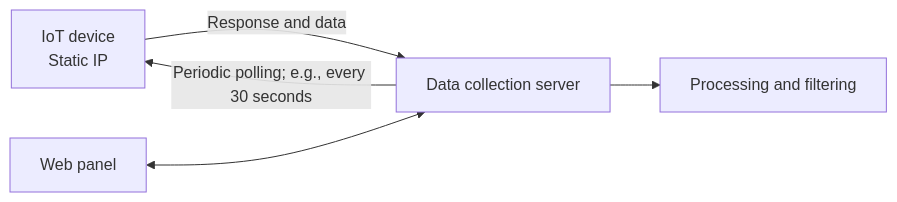
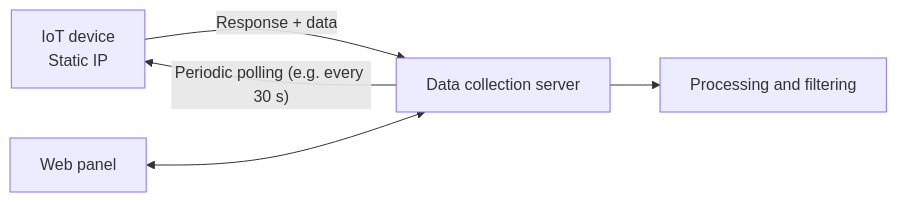
Before and after one commit to realizino/iziot: the first of 3 diagrams in README.md, drawn with Mermaid. The commit also changed other lines of this file, not shown here.

````diff
--- a/README.md
+++ b/README.md
@@ -28,12 +64,12 @@
 ```mermaid
 flowchart LR
     device["IoT device<br/>Static IP"]
     server["Data collection server"]
     panel["Web panel"]
     process["Processing and filtering"]
 
-    server -->|"Periodic polling; e.g., every 30 seconds"| device
-    device -->|"Response and data"| server
+    server -->|"Periodic polling (e.g. every 30 s)"| device
+    device -->|"Response + data"| server
     server --> process
     panel <--> server
 ```
````
